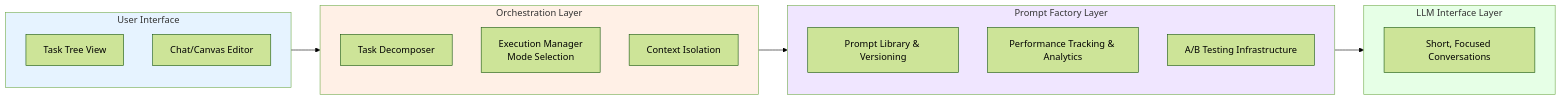
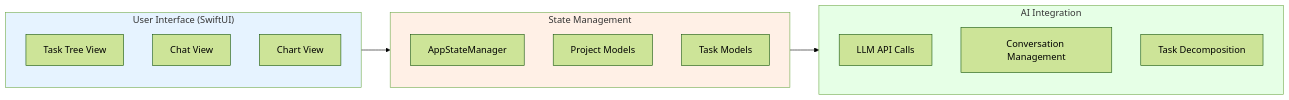
One commit to tartavull/context changed the fourth of 5 diagrams in docs/concept.md. Above: the diagram before and after it, drawn with Mermaid (forest theme). The commit also changed other lines of this file and 10 other files, not shown here.

First line of the commit message:
Update documentation for native Swift app

```diff
--- a/docs/concept.md
+++ b/docs/concept.md
@@ -133,32 +133,27 @@
 <div class="mermaid">
 flowchart LR
-    subgraph UI["User Interface"]
+    subgraph UI["User Interface (SwiftUI)"]
         A[Task Tree View]
-        B[Chat/Canvas Editor]
+        B[Chat View]
+        C[Chart View]
     end
     
-    subgraph OL["Orchestration Layer"]
-        C[Task Decomposer]
-        D[Execution Manager<br/>Mode Selection]
-        E[Context Isolation]
+    subgraph SM["State Management"]
+        D[AppStateManager]
+        E[Project Models]
+        F[Task Models]
     end
     
-    subgraph PF["Prompt Factory Layer"]
-        F[Prompt Library & Versioning]
-        G[Performance Tracking & Analytics]
-        H[A/B Testing Infrastructure]
+    subgraph AI["AI Integration"]
+        G[LLM API Calls]
+        H[Conversation Management]
+        I[Task Decomposition]
     end
     
-    subgraph LLM["LLM Interface Layer"]
-        I[Short, Focused Conversations]
-    end
-    
-    UI --> OL
-    OL --> PF
-    PF --> LLM
+    UI --> SM
+    SM --> AI
     
     style UI fill:#e6f3ff
-    style OL fill:#fff0e6
-    style PF fill:#f0e6ff
-    style LLM fill:#e6ffe6
+    style SM fill:#fff0e6
+    style AI fill:#e6ffe6
 </div>
```
